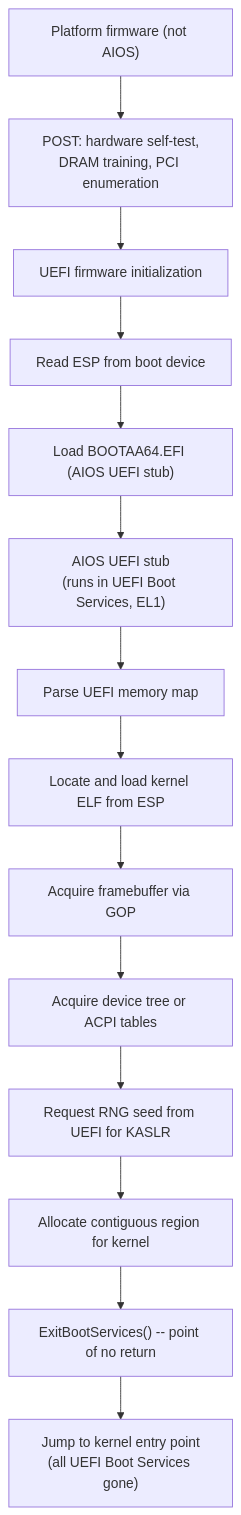
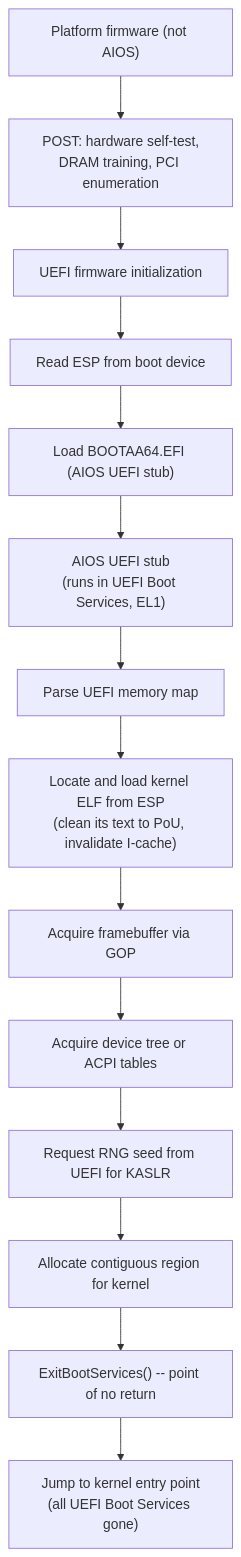
Before and after one commit to juslee/aios: the diagram in docs/kernel/boot/firmware.md, drawn with Mermaid. The commit also changed 4 other files, not shown here.

First line of the commit message:
Docs: record the stub's kernel-text cache sync and its PoU-only reach (#197)

````diff
--- a/docs/kernel/boot/firmware.md
+++ b/docs/kernel/boot/firmware.md
@@ -16,21 +16,22 @@
 ```mermaid
 flowchart TD
     FW["Platform firmware (not AIOS)"] --> POST["`POST: hardware self-test,
 DRAM training, PCI enumeration`"]
     POST --> UEFI_INIT["UEFI firmware initialization"]
     UEFI_INIT --> ESP["Read ESP from boot device"]
     ESP --> LOAD_STUB["Load BOOTAA64.EFI (AIOS UEFI stub)"]
 
     LOAD_STUB --> STUB["`AIOS UEFI stub
 (runs in UEFI Boot Services, EL1)`"]
     STUB --> PARSE["Parse UEFI memory map"]
-    PARSE --> LOAD_ELF["Locate and load kernel ELF from ESP"]
+    PARSE --> LOAD_ELF["`Locate and load kernel ELF from ESP
+(clean its text to PoU, invalidate I-cache)`"]
     LOAD_ELF --> GOP["Acquire framebuffer via GOP"]
     GOP --> DTB["Acquire device tree or ACPI tables"]
     DTB --> RNG["Request RNG seed from UEFI for KASLR"]
     RNG --> ALLOC["Allocate contiguous region for kernel"]
     ALLOC --> EBS["ExitBootServices() -- point of no return"]
 
     EBS --> KERNEL["`Jump to kernel entry point
 (all UEFI Boot Services gone)`"]
 ```
````
